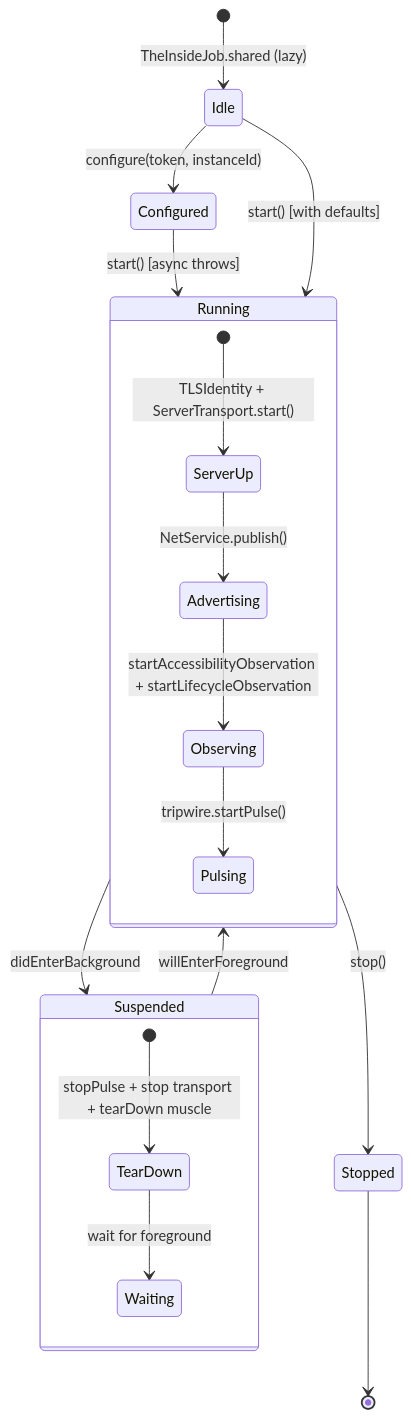
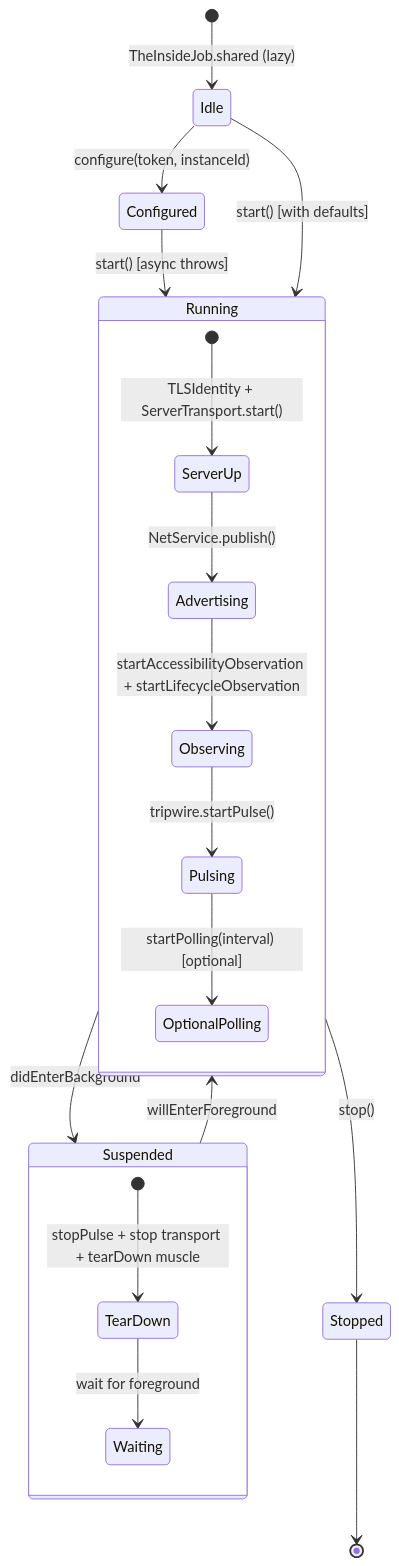
One commit to RoyalPineapple/TheButtonHeist changed the fifth of 5 diagrams in docs/dossiers/07-THEINSIDEJOB.md. Above: the diagram before and after it, drawn with Mermaid. The commit also changed other lines of this file and 61 other files, not shown here.

````diff
--- a/docs/dossiers/07-THEINSIDEJOB.md
+++ b/docs/dossiers/07-THEINSIDEJOB.md
@@ -182,23 +182,24 @@
 ```mermaid
 stateDiagram-v2
     [*] --> Idle: TheInsideJob.shared (lazy)
     Idle --> Configured: configure(token, instanceId)
     Configured --> Running: start() [async throws]
     Idle --> Running: start() [with defaults]
     Running --> Suspended: didEnterBackground
     Suspended --> Running: willEnterForeground
     Running --> Stopped: stop()
     Stopped --> [*]
 
     state Running {
         [*] --> ServerUp: TLSIdentity + ServerTransport.start()
         ServerUp --> Advertising: NetService.publish()
         Advertising --> Observing: startAccessibilityObservation + startLifecycleObservation
         Observing --> Pulsing: tripwire.startPulse()
+        Pulsing --> OptionalPolling: startPolling(interval) [optional]
     }
 
     state Suspended {
         [*] --> TearDown: stopPulse + stop transport + tearDown muscle
         TearDown --> Waiting: wait for foreground
     }
 ```
````
